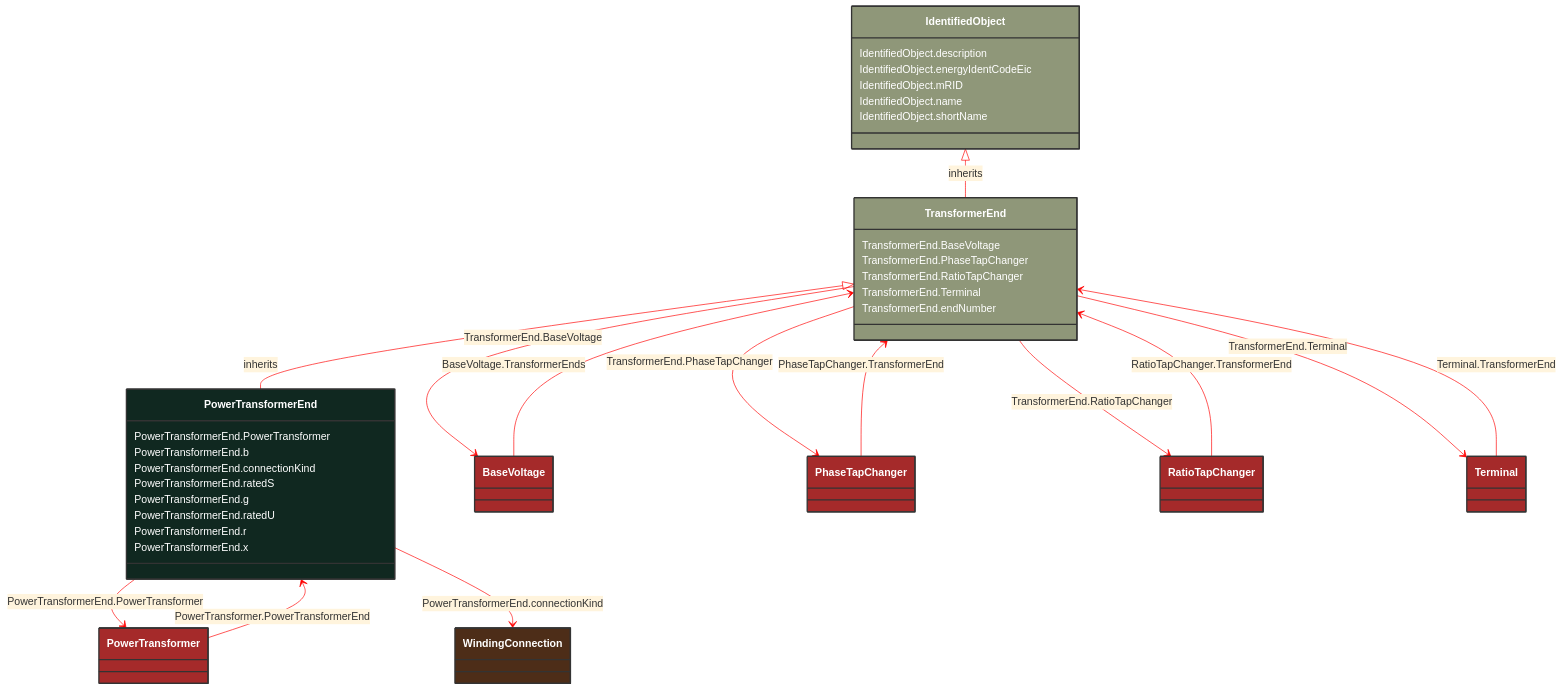
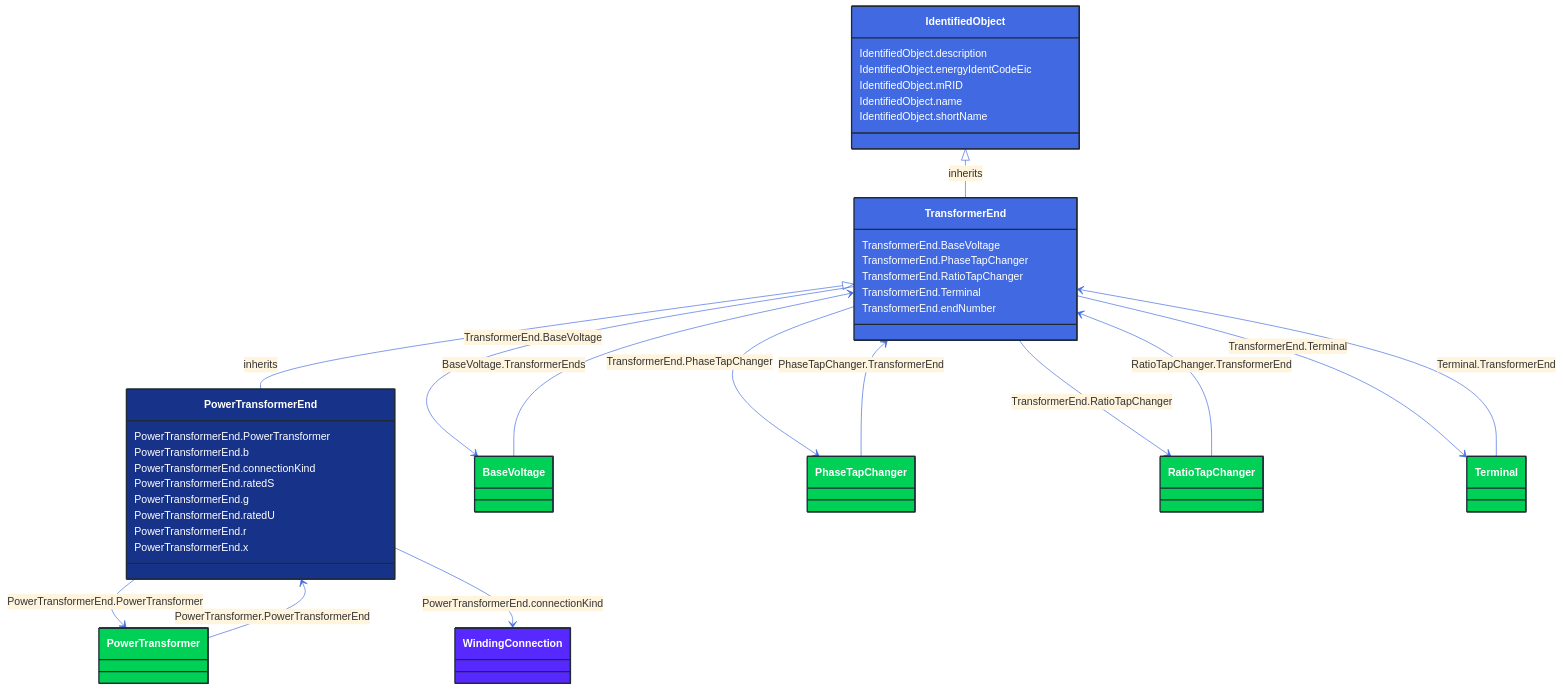
The diagram in docs/Models/Profiles/CoreEquipment/ConcreteClasses/PowerTransformerEnd.md (3lbits/NoCIMExtensions), drawn with Mermaid before and after one commit. The commit also changed 362 other files, not shown here.

First line of the commit message:
Update diagrams and styles for improved visual consistency

````diff
--- a/docs/Models/Profiles/CoreEquipment/ConcreteClasses/PowerTransformerEnd.md
+++ b/docs/Models/Profiles/CoreEquipment/ConcreteClasses/PowerTransformerEnd.md
@@ -14,79 +14,79 @@
 ```mermaid
-%%{init: {'theme':'base','themeVariables': {'lineColor': '#FF0000'}}}%%
+%%{init: {'theme':'base','themeVariables': {'lineColor': '#4169E1'}}}%%
 classDiagram
     class PowerTransformerEnd
     click PowerTransformerEnd href "/Models/Profiles/CoreEquipment/ConcreteClasses/PowerTransformerEnd/"
-    style PowerTransformerEnd fill:#102820,stroke:#333,stroke-width:2px,rx:10,ry:10,color:white
+    style PowerTransformerEnd fill:#163289,stroke:#1F2A37,stroke-width:2px,rx:10,ry:10,color:white
      
         TransformerEnd <|-- PowerTransformerEnd : inherits
             click TransformerEnd href "/Models/Profiles/CoreEquipment/AbstractClasses/TransformerEnd/"
-            style TransformerEnd fill:#8F9779,stroke:#333,stroke-width:2px,rx:10,ry:10,color:white
+            style TransformerEnd fill:#4169E1,stroke:#1F2A37,stroke-width:2px,rx:10,ry:10,color:white
      
         IdentifiedObject <|-- TransformerEnd : inherits
             click IdentifiedObject href "/Models/Profiles/CoreEquipment/AbstractClasses/IdentifiedObject/"
-            style IdentifiedObject fill:#8F9779,stroke:#333,stroke-width:2px,rx:10,ry:10,color:white
+            style IdentifiedObject fill:#4169E1,stroke:#1F2A37,stroke-width:2px,rx:10,ry:10,color:white
 
         PowerTransformerEnd --> PowerTransformer : PowerTransformerEnd.PowerTransformer
 
         PowerTransformer
             click PowerTransformer href "/Models/Profiles/CoreEquipment/ConcreteClasses/PowerTransformer/"
-            style PowerTransformer fill:#A52A2A,stroke:#333,stroke-width:2px,rx:10,ry:10,color:white
+            style PowerTransformer fill:#00D156,stroke:#1F2A37,stroke-width:2px,rx:10,ry:10,color:white
         TransformerEnd --> BaseVoltage : TransformerEnd.BaseVoltage
 
         BaseVoltage
             click BaseVoltage href "/Models/Profiles/CoreEquipment/ConcreteClasses/BaseVoltage/"
-            style BaseVoltage fill:#A52A2A,stroke:#333,stroke-width:2px,rx:10,ry:10,color:white
+            style BaseVoltage fill:#00D156,stroke:#1F2A37,stroke-width:2px,rx:10,ry:10,color:white
         TransformerEnd --> PhaseTapChanger : TransformerEnd.PhaseTapChanger
 
         PhaseTapChanger
             click PhaseTapChanger href "/Models/Profiles/CoreEquipment/AbstractClasses/PhaseTapChanger/"
-            style PhaseTapChanger fill:#A52A2A,stroke:#333,stroke-width:2px,rx:10,ry:10,color:white
+            style PhaseTapChanger fill:#00D156,stroke:#1F2A37,stroke-width:2px,rx:10,ry:10,color:white
         TransformerEnd --> RatioTapChanger : TransformerEnd.RatioTapChanger
 
         RatioTapChanger
             click RatioTapChanger href "/Models/Profiles/CoreEquipment/ConcreteClasses/RatioTapChanger/"
-            style RatioTapChanger fill:#A52A2A,stroke:#333,stroke-width:2px,rx:10,ry:10,color:white
+            style RatioTapChanger fill:#00D156,stroke:#1F2A37,stroke-width:2px,rx:10,ry:10,color:white
         TransformerEnd --> Terminal : TransformerEnd.Terminal
 
         Terminal
             click Terminal href "/Models/Profiles/CoreEquipment/ConcreteClasses/Terminal/"
-            style Terminal fill:#A52A2A,stroke:#333,stroke-width:2px,rx:10,ry:10,color:white
+            style Terminal fill:#00D156,stroke:#1F2A37,stroke-width:2px,rx:10,ry:10,color:white
 
         BaseVoltage --> TransformerEnd : BaseVoltage.TransformerEnds
 
         BaseVoltage
             click BaseVoltage href "/Models/Profiles/CoreEquipment/ConcreteClasses/BaseVoltage/"
-            style BaseVoltage fill:#A52A2A,stroke:#333,stroke-width:2px,rx:10,ry:10,color:white
+            style BaseVoltage fill:#00D156,stroke:#1F2A37,stroke-width:2px,rx:10,ry:10,color:white
 
         PhaseTapChanger --> TransformerEnd : PhaseTapChanger.TransformerEnd
 
         PhaseTapChanger
             click PhaseTapChanger href "/Models/Profiles/CoreEquipment/AbstractClasses/PhaseTapChanger/"
-            style PhaseTapChanger fill:#A52A2A,stroke:#333,stroke-width:2px,rx:10,ry:10,color:white
+            style PhaseTapChanger fill:#00D156,stroke:#1F2A37,stroke-width:2px,rx:10,ry:10,color:white
 
         PowerTransformer --> PowerTransformerEnd : PowerTransformer.PowerTransformerEnd
 
         PowerTransformer
             click PowerTransformer href "/Models/Profiles/CoreEquipment/ConcreteClasses/PowerTransformer/"
-            style PowerTransformer fill:#A52A2A,stroke:#333,stroke-width:2px,rx:10,ry:10,color:white
+            style PowerTransformer fill:#00D156,stroke:#1F2A37,stroke-width:2px,rx:10,ry:10,color:white
 
         RatioTapChanger --> TransformerEnd : RatioTapChanger.TransformerEnd
 
         RatioTapChanger
             click RatioTapChanger href "/Models/Profiles/CoreEquipment/ConcreteClasses/RatioTapChanger/"
-            style RatioTapChanger fill:#A52A2A,stroke:#333,stroke-width:2px,rx:10,ry:10,color:white
+            style RatioTapChanger fill:#00D156,stroke:#1F2A37,stroke-width:2px,rx:10,ry:10,color:white
 
         Terminal --> TransformerEnd : Terminal.TransformerEnd
 
         Terminal
             click Terminal href "/Models/Profiles/CoreEquipment/ConcreteClasses/Terminal/"
-            style Terminal fill:#A52A2A,stroke:#333,stroke-width:2px,rx:10,ry:10,color:white
+            style Terminal fill:#00D156,stroke:#1F2A37,stroke-width:2px,rx:10,ry:10,color:white
 
         PowerTransformerEnd --> WindingConnection : PowerTransformerEnd.connectionKind
 
         WindingConnection
             click WindingConnection href "/Models/Profiles/CoreEquipment/Enumerations/WindingConnection/"
-            style WindingConnection fill:#4D2D18,stroke:#333,stroke-width:2px,rx:10,ry:10,color:white
+            style WindingConnection fill:#5729FF,stroke:#1F2A37,stroke-width:2px,rx:10,ry:10,color:white
 
         PowerTransformerEnd : PowerTransformerEnd.PowerTransformer
         PowerTransformerEnd : PowerTransformerEnd.b
````
